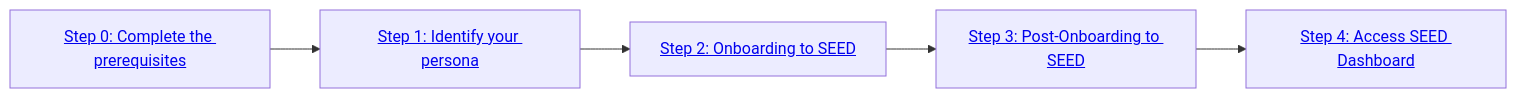
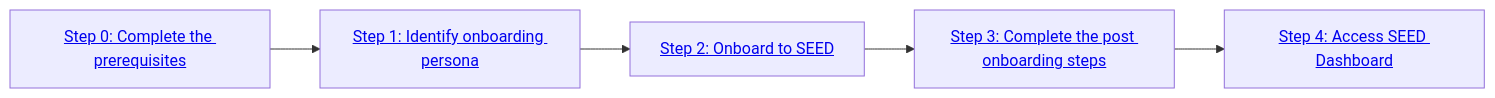
One commit to GovTechSG/seed-primer-documentation changed the diagram in getting-started.md. Above: the diagram before and after it, drawn with Mermaid. The commit also changed other lines of this file, not shown here.

````diff
--- a/getting-started.md
+++ b/getting-started.md
@@ -5,13 +6,13 @@
 ```mermaid
 flowchart LR
     A["<a href='https://docs.developer.tech.gov.sg/docs/staging-seed-primer/getting-started?id=step-0-ensure-you-meet-the-required-prerequisites' >Step 0: Complete the prerequisites</a>"]
-    B["<a href='https://docs.developer.tech.gov.sg/docs/staging-seed-primer/getting-started?id=step-1-identify-your-onboarding-persona' >Step 1: Identify your persona</a>"]
-    C["<a href='https://docs.developer.tech.gov.sg/docs/staging-seed-primer/getting-started?id=step-2-onboard-device-to-seed' >Step 2: Onboarding to SEED</a>"]
-    D["<a href='https://docs.developer.tech.gov.sg/docs/staging-seed-primer/post-onboarding-steps' >Step 3: Post-Onboarding to SEED</a>"]
+    B["<a href='https://docs.developer.tech.gov.sg/docs/staging-seed-primer/getting-started?id=step-1-identify-your-onboarding-persona' >Step 1: Identify onboarding persona</a>"]
+    C["<a href='https://docs.developer.tech.gov.sg/docs/staging-seed-primer/getting-started?id=step-2-onboard-device-to-seed' >Step 2: Onboard to SEED</a>"]
+    D["<a href='https://docs.developer.tech.gov.sg/docs/staging-seed-primer/post-onboarding-steps' >Step 3: Complete the post onboarding steps</a>"]
     E["<a href='https://docs.developer.tech.gov.sg/docs/staging-seed-primer/dashboard' >Step 4: Access SEED Dashboard</a>"]
     A --> B
     B --> C
     C --> D
     D --> E
 
 ```
````
